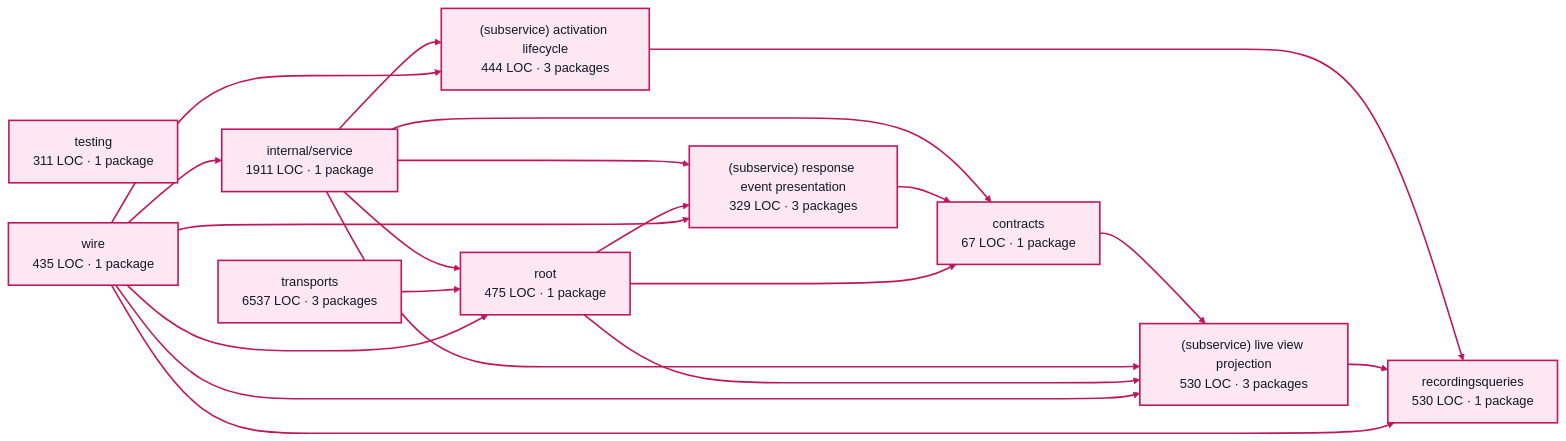
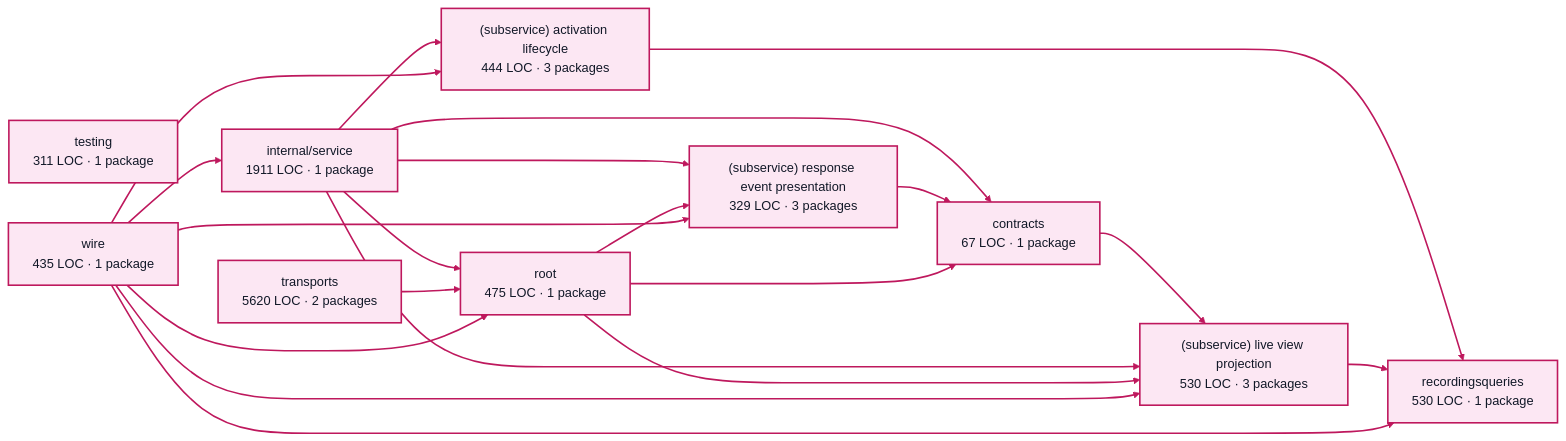
One commit to portpowered/you-agent-factory changed the diagram in docs/architecture/visualizations/services/factory_visualization.md. Above: the diagram before and after it, drawn with Mermaid (base theme). The commit also changed other lines of this file and 20 other files, not shown here.

Commit message:
docs: refresh backend architecture visualizations

````diff
--- a/docs/architecture/visualizations/services/factory_visualization.md
+++ b/docs/architecture/visualizations/services/factory_visualization.md
@@ -11,43 +11,43 @@
 ```mermaid
 flowchart LR
   p0["contracts<br/>67 LOC · 1 package"]
   p1["recordingsqueries<br/>530 LOC · 1 package"]
   p2["internal/service<br/>1911 LOC · 1 package"]
   p3["(subservice) activation lifecycle<br/>444 LOC · 3 packages"]
   p4["(subservice) live view projection<br/>530 LOC · 3 packages"]
   p5["(subservice) response event presentation<br/>329 LOC · 3 packages"]
   p6["testing<br/>311 LOC · 1 package"]
   p7["root<br/>475 LOC · 1 package"]
-  p8["transports<br/>6537 LOC · 3 packages"]
+  p8["transports<br/>5620 LOC · 2 packages"]
   p9["wire<br/>435 LOC · 1 package"]
   p0 --> p4
   p2 --> p0
   p2 --> p3
   p2 --> p4
   p2 --> p5
   p2 --> p7
   p3 --> p1
   p4 --> p1
   p5 --> p0
   p7 --> p0
   p7 --> p4
   p7 --> p5
   p8 --> p7
   p9 --> p1
   p9 --> p2
   p9 --> p3
   p9 --> p4
   p9 --> p5
   p9 --> p7
   style p0 fill:#fce7f3,stroke:#be185d,stroke-width:2px,color:#111827
   style p1 fill:#fce7f3,stroke:#be185d,stroke-width:2px,color:#111827
   style p2 fill:#fce7f3,stroke:#be185d,stroke-width:2px,color:#111827
   style p3 fill:#fce7f3,stroke:#be185d,stroke-width:2px,color:#111827
   style p4 fill:#fce7f3,stroke:#be185d,stroke-width:2px,color:#111827
   style p5 fill:#fce7f3,stroke:#be185d,stroke-width:2px,color:#111827
   style p6 fill:#fce7f3,stroke:#be185d,stroke-width:2px,color:#111827
   style p7 fill:#fce7f3,stroke:#be185d,stroke-width:2px,color:#111827
   style p8 fill:#fce7f3,stroke:#be185d,stroke-width:2px,color:#111827
   style p9 fill:#fce7f3,stroke:#be185d,stroke-width:2px,color:#111827
   linkStyle default stroke:#be185d,stroke-width:2px
 ```
````
